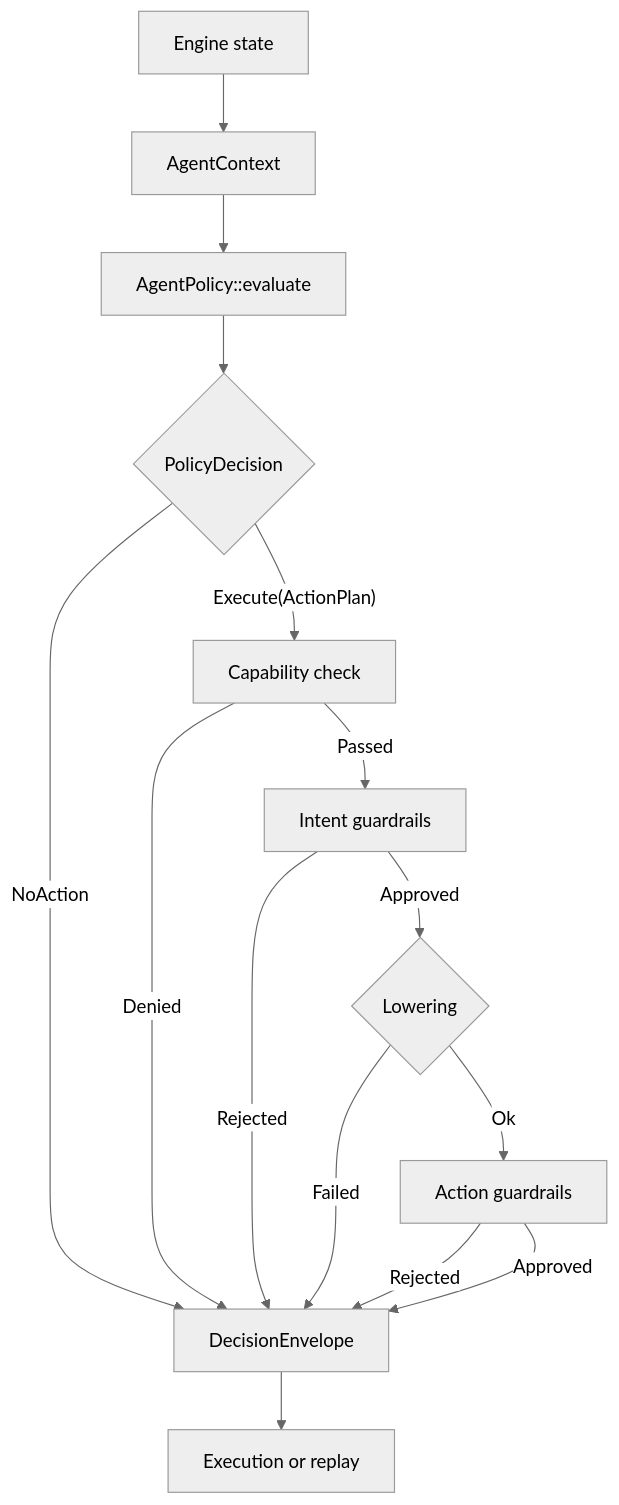
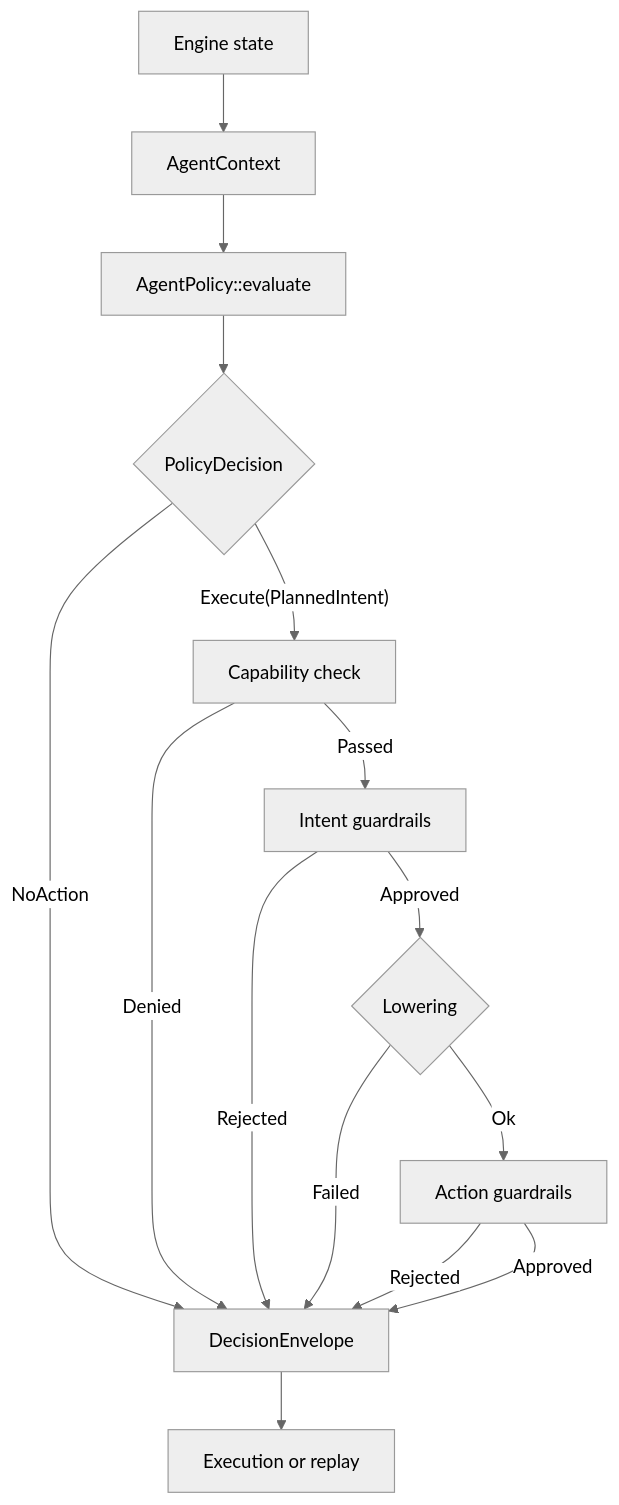
The diagram in README.md (nautechsystems/nautilus_agents), drawn with Mermaid (neutral theme) before and after one commit. The commit also changed other lines of this file and 10 other files, not shown here.

````diff
--- a/README.md
+++ b/README.md
@@ -58,17 +59,17 @@
 ```mermaid
 flowchart TD
     A[Engine state] --> B[AgentContext]
     B --> C[AgentPolicy::evaluate]
     C --> D{PolicyDecision}
     D -- NoAction --> E[DecisionEnvelope]
-    D -- Execute(ActionPlan) --> F[Capability check]
+    D -- Execute(PlannedIntent) --> F[Capability check]
     F -- Denied --> E
     F -- Passed --> G[Intent guardrails]
     G -- Rejected --> E
     G -- Approved --> H{Lowering}
     H -- Failed --> E
     H -- Ok --> I[Action guardrails]
     I -- Rejected --> E
     I -- Approved --> E
     E --> J[Execution or replay]
 ```
````
